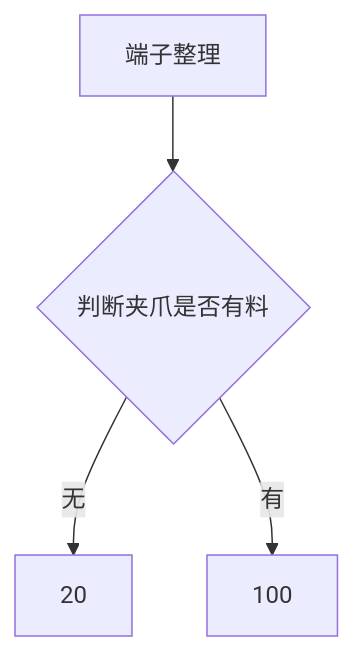
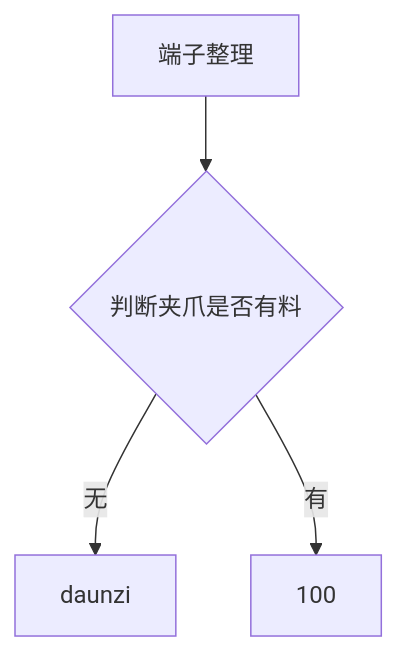
One commit to zmq000/iodraw-files changed the diagram in all/VR-OP90端子整理1.md. Above: the diagram before and after it, drawn with Mermaid.

Commit message:
2026-06-18 16:00:15 update

````diff
--- a/all/VR-OP90端子整理1.md
+++ b/all/VR-OP90端子整理1.md
@@ -1,7 +1,7 @@
 ```mermaid
 graph TD
 0[端子整理]-->10
 10{判断夹爪是否有料}-->|无|20
 10-->|有|100
-
+20[daunzi]
 ```
````
